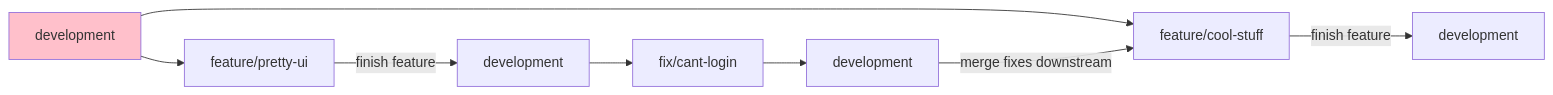
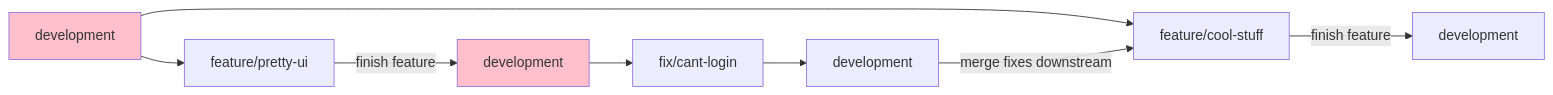
The diagram in testy/plan_zarządzania_jakością_produktu.md (hasparus/software-engineering-class), drawn with Mermaid before and after one commit. The commit also changed other lines of this file, not shown here.

Commit message:
Uploaded by https://stackedit.io/

````diff
--- a/testy/plan_zarządzania_jakością_produktu.md
+++ b/testy/plan_zarządzania_jakością_produktu.md
@@ -21,12 +21,12 @@
 ```mermaid
 graph LR;
 	d#1[development]-->feature/cool-stuff;
 	d#1[development]-->feature/pretty-ui;
 	feature/pretty-ui--finish feature-->d#2[development];
 	d#3[development]--merge fixes downstream-->feature/cool-stuff;
 	fix/cant-login-->d#3[development]
 	d#2[development]-->fix/cant-login;
 	feature/cool-stuff--finish feature-->d#4[development];
 	
-	style d#1 fill: pink;
+	style d#1 fill: pink; 	style d#2 fill: pink
 ```
````
